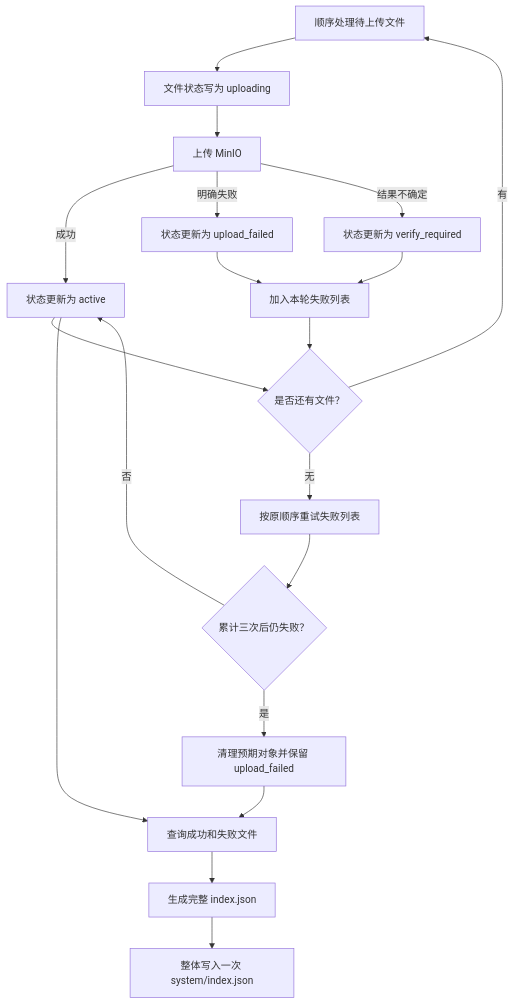
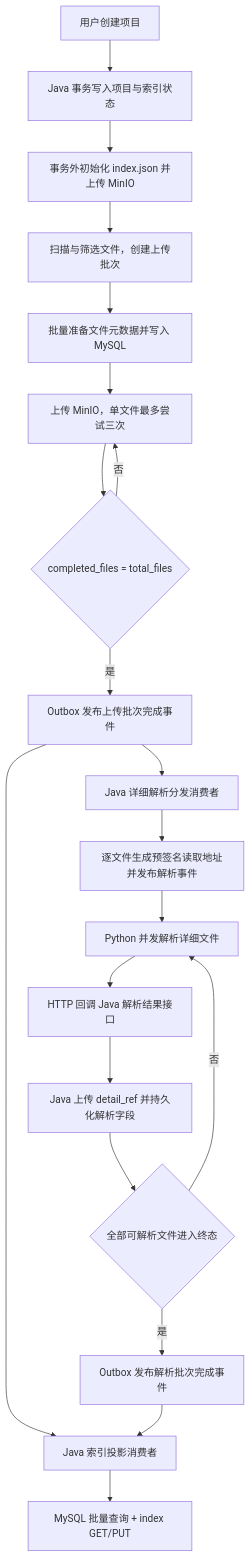
One commit to ningningsenpai/PM-AGENT changed the diagram in docs/19-项目上下文索引与MinIO存储设计.md. Above: the diagram before and after it, drawn with Mermaid. The commit also changed other lines of this file and 53 other files, not shown here.

````diff
--- a/docs/19-项目上下文索引与MinIO存储设计.md
+++ b/docs/19-项目上下文索引与MinIO存储设计.md
@@ -368,21 +52,22 @@
 ```mermaid
 flowchart TD
-    A["顺序处理待上传文件"] --> B["文件状态写为 uploading"]
-    B --> C["上传 MinIO"]
-    C -->|成功| D["状态更新为 active"]
-    C -->|明确失败| E["状态更新为 upload_failed"]
-    C -->|结果不确定| F["状态更新为 verify_required"]
-    E --> G["加入本轮失败列表"]
-    F --> G
-    D --> H{"是否还有文件？"}
-    G --> H
-    H -->|有| A
-    H -->|无| I["按原顺序重试失败列表"]
-    I --> J{"累计三次后仍失败？"}
-    J -->|否| D
-    J -->|是| K["清理预期对象并保留 upload_failed"]
-    K --> L["查询成功和失败文件"]
-    D --> L
-    L --> M["生成完整 index.json"]
-    M --> N["整体写入一次 system/index.json"]
+    A["用户创建项目"] --> B["Java 事务写入项目与索引状态"]
+    B --> C["事务外初始化 index.json 并上传 MinIO"]
+    C --> D["扫描与筛选文件，创建上传批次"]
+    D --> E["批量准备文件元数据并写入 MySQL"]
+    E --> F["上传 MinIO，单文件最多尝试三次"]
+    F --> G{"completed_files = total_files"}
+    G -->|否| F
+    G -->|是| H["Outbox 发布上传批次完成事件"]
+    H --> I["Java 索引投影消费者"]
+    H --> J["Java 详细解析分发消费者"]
+    I --> K["MySQL 批量查询 + index GET/PUT"]
+    J --> L["逐文件生成预签名读取地址并发布解析事件"]
+    L --> M["Python 并发解析详细文件"]
+    M --> N["HTTP 回调 Java 解析结果接口"]
+    N --> O["Java 上传 detail_ref 并持久化解析字段"]
+    O --> P{"全部可解析文件进入终态"}
+    P -->|否| M
+    P -->|是| Q["Outbox 发布解析批次完成事件"]
+    Q --> I
 ```
````
